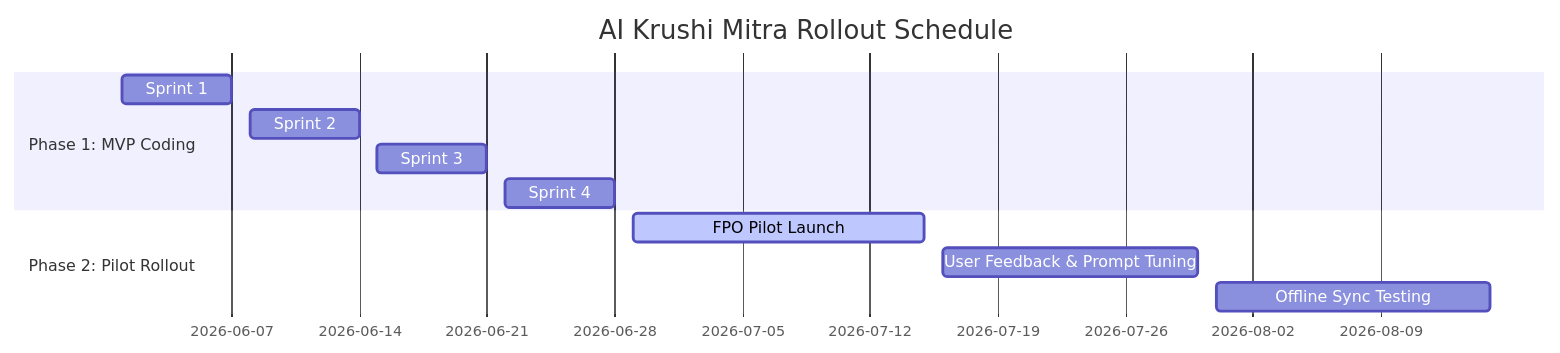
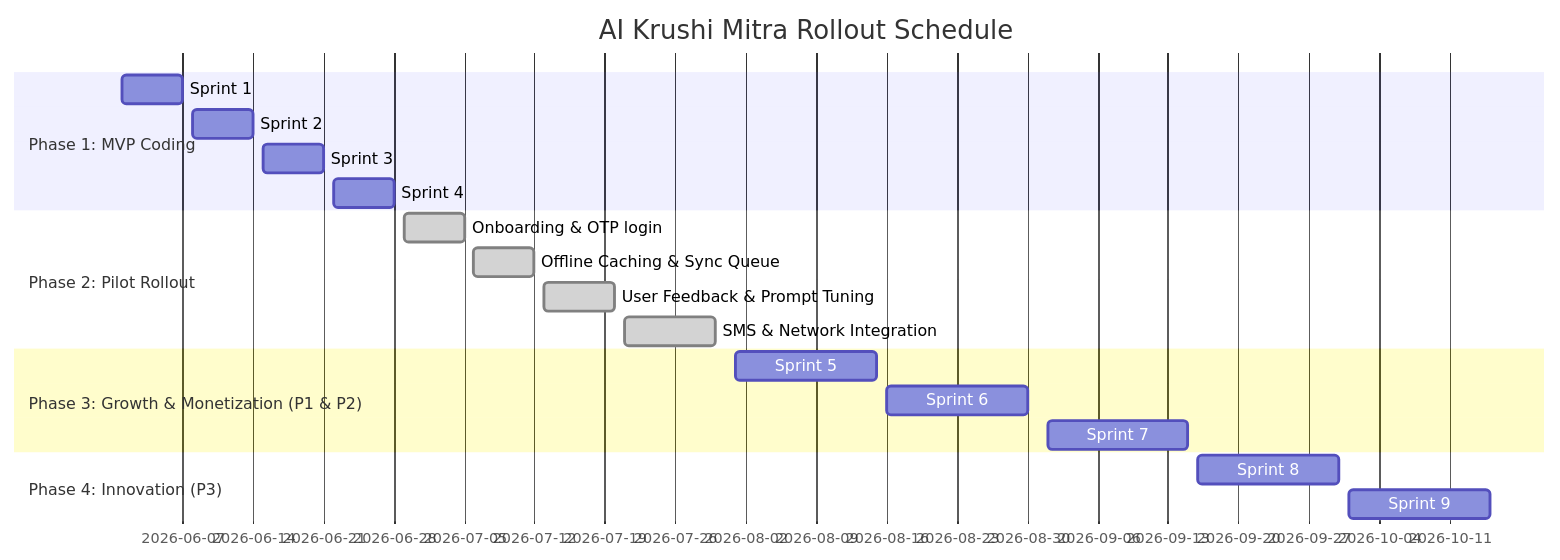
Before and after one commit to dipak77/aikrushimitraV4: the diagram in akm-docs/roadmap/sprint-backlog.md, drawn with Mermaid. The commit also changed other lines of this file and 1 other file, not shown here.

Commit message:
chore: Update database RAG similarity mapping and sprint backlog roadmap

````diff
--- a/akm-docs/roadmap/sprint-backlog.md
+++ b/akm-docs/roadmap/sprint-backlog.md
@@ -10,15 +10,26 @@
 ```mermaid
 gantt
     title AI Krushi Mitra Rollout Schedule
     dateFormat  YYYY-MM-DD
+    
     section Phase 1: MVP Coding
     Sprint 1: Core Layout UI              :done, 2026-06-01, 2026-06-07
     Sprint 2: RAG Backend & Prompts      :done, 2026-06-08, 2026-06-14
     Sprint 3: Voice & Schemes API         :done, 2026-06-15, 2026-06-21
     Sprint 4: Views dynamic integration   :done, 2026-06-22, 2026-06-28
 
     section Phase 2: Pilot Rollout
-    FPO Pilot Launch                      :active, 2026-06-29, 2026-07-15
-    User Feedback & Prompt Tuning         : 2026-07-16, 2026-07-30
-    Offline Sync Testing                  : 2026-07-31, 2026-08-15
+    Onboarding & OTP login                :done, 2026-06-29, 2026-07-05
+    Offline Caching & Sync Queue          :done, 2026-07-06, 2026-07-12
+    User Feedback & Prompt Tuning         :done, 2026-07-13, 2026-07-20
+    SMS & Network Integration             :done, 2026-07-21, 2026-07-30
+
+    section Phase 3: Growth & Monetization (P1 & P2)
+    Sprint 5: Soil & Yield Estimators     :active, 2026-08-01, 2026-08-15
+    Sprint 6: Community & Pest Alerts     : 2026-08-16, 2026-08-30
+    Sprint 7: FPO SaaS & Premium Advisors : 2026-09-01, 2026-09-15
+
+    section Phase 4: Innovation (P3)
+    Sprint 8: Drone & IoT Dashboards      : 2026-09-16, 2026-09-30
+    Sprint 9: NDVI Satellite & Ledger     : 2026-10-01, 2026-10-15
 ```
````
